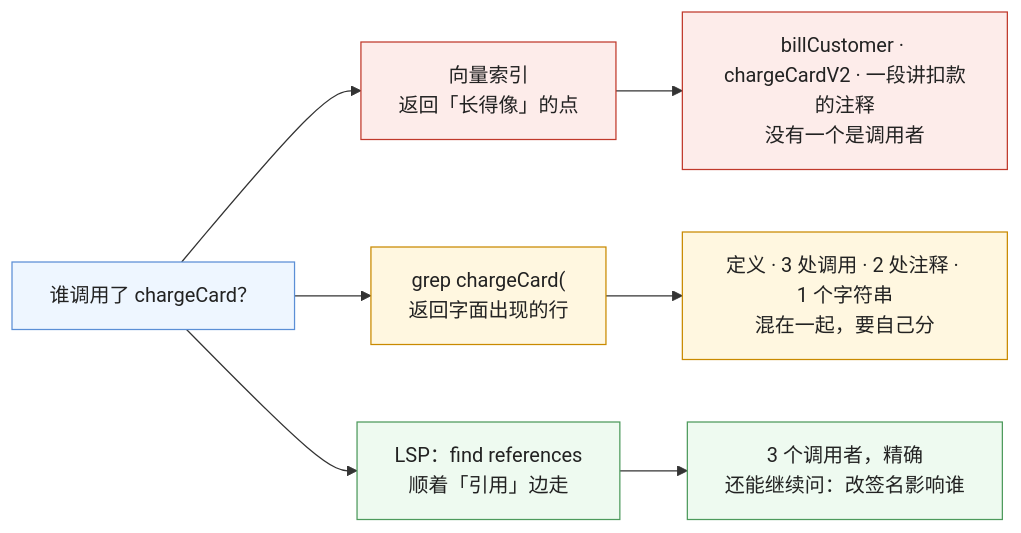
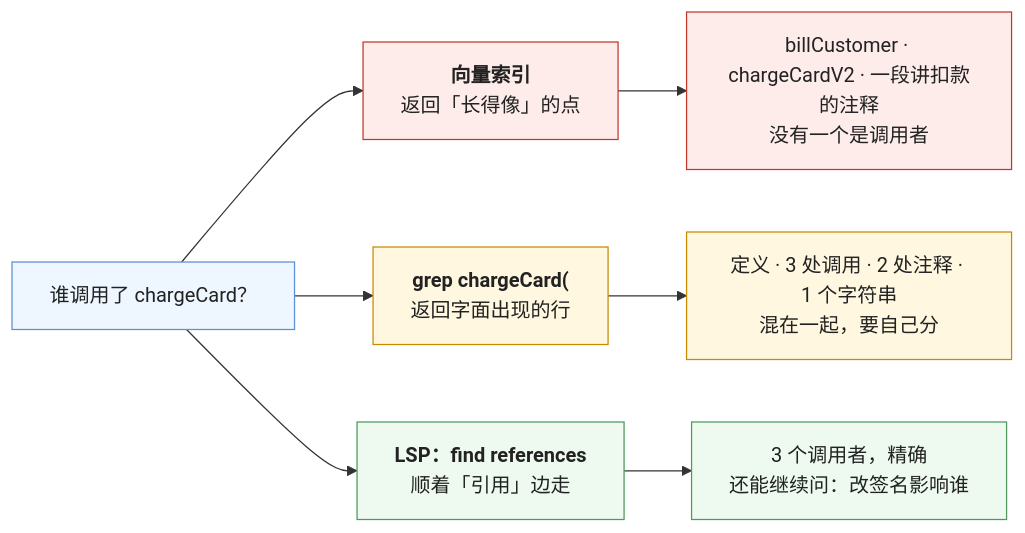
One commit to arganzheng/arganzheng.github.com changed the fourth of 5 diagrams in _posts/2026-10-14-three-kinds-of-retrieval-lexical-vector-structured.md. Above: the diagram before and after it, drawn with Mermaid. The commit also changed other lines of this file and 7 other files, not shown here.

First line of the commit message:
检索与知识接入：私域知识怎么进入模型：Mermaid 多行方框的首行标为标题（8 篇）

````diff
--- a/_posts/2026-10-14-three-kinds-of-retrieval-lexical-vector-structured.md
+++ b/_posts/2026-10-14-three-kinds-of-retrieval-lexical-vector-structured.md
@@ -187,18 +187,18 @@
 ```mermaid
 %% 图：embedding 是点不是边——问「谁调用了 chargeCard」，向量索引返回向量空间里离它近的点（billCustomer、chargeCardV2、一段注释），grep 返回字面出现 chargeCard( 的行但分不清定义、调用、注释，只有 LSP 顺着「引用」这条边给出真正的调用者
 flowchart LR
-    Q["谁调用了 chargeCard？"] --> V["向量索引<br/>返回「长得像」的点"]
-    Q --> G["grep chargeCard(<br/>返回字面出现的行"]
-    Q --> L["LSP：find references<br/>顺着「引用」边走"]
+    Q["谁调用了 chargeCard？"] --> V["<b>向量索引</b><br/>返回「长得像」的点"]
+    Q --> G["<b>grep chargeCard(</b><br/>返回字面出现的行"]
+    Q --> L["<b>LSP：find references</b><br/>顺着「引用」边走"]
     V --> VO["billCustomer · chargeCardV2 · 一段讲扣款的注释<br/>没有一个是调用者"]
     G --> GO["定义 · 3 处调用 · 2 处注释 · 1 个字符串<br/>混在一起，要自己分"]
     L --> LO["3 个调用者，精确<br/>还能继续问：改签名影响谁"]
     classDef q fill:#eef6ff,stroke:#5b8fd6,color:#222
     classDef bad fill:#fdecea,stroke:#c0392b,color:#222
     classDef mid fill:#fff7e0,stroke:#c98a00,color:#222
     classDef ok fill:#eefaf0,stroke:#4d9a5c,color:#222
     class Q q
     class V,VO bad
     class G,GO mid
     class L,LO ok
 ```
````
